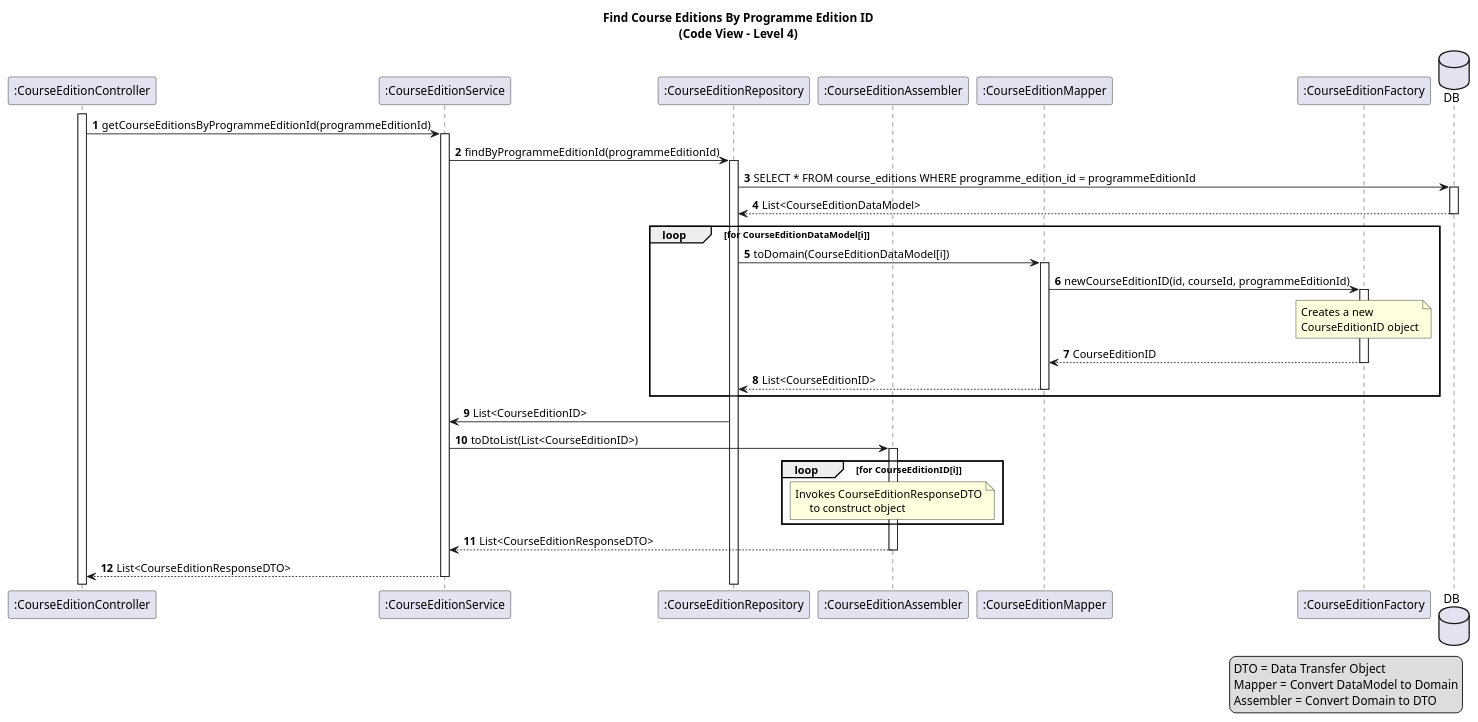
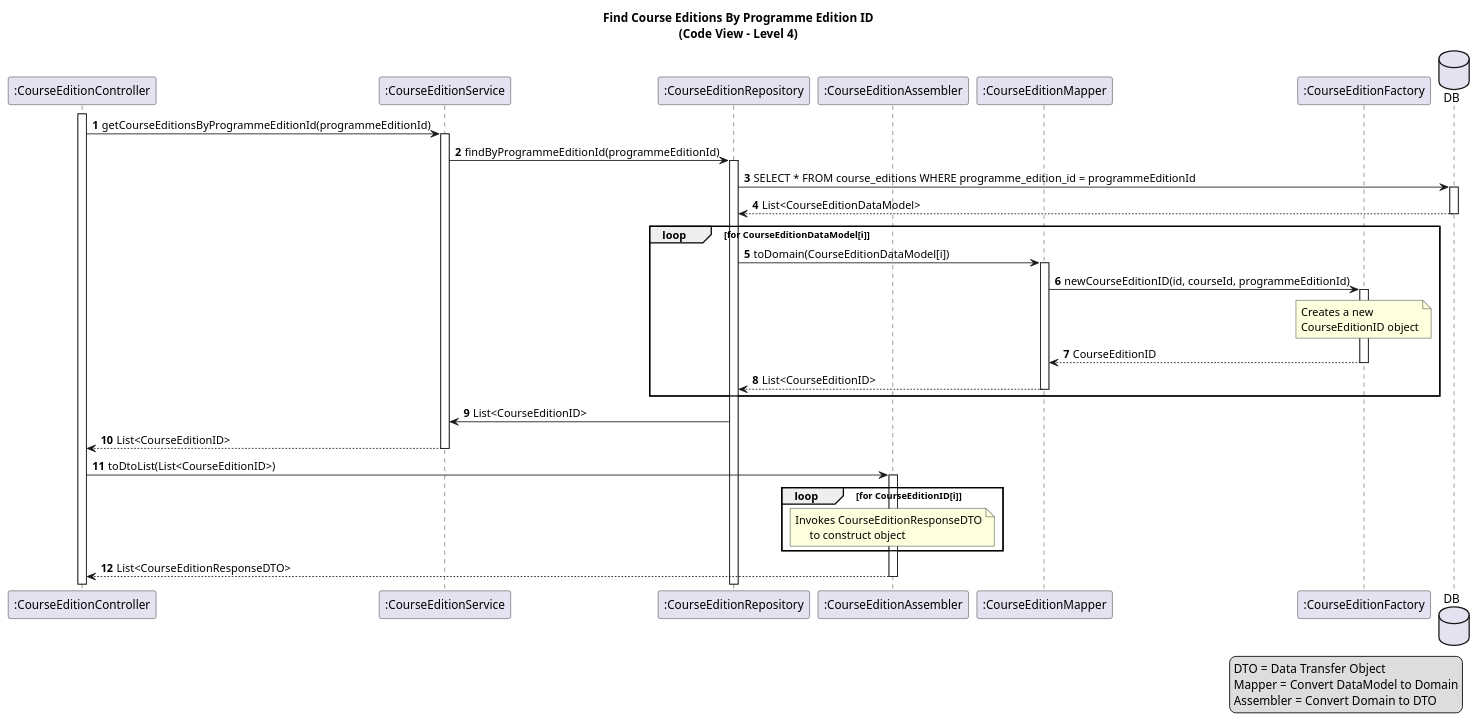
One commit to GasparISEP/DevOps-PAI changed the diagram in docs/US16/sprint6_RestController/process_view/references/FindCourseEditionByProgrammeEditionId.puml. Above: the diagram before and after it, drawn with PlantUML.

Commit message:
[docs] Update flow diagram for FindCourseEditionByProgrammeEditionId to reflect changes in service interactions, clarifying the flow from CourseEditionService to CourseEditionCtrl and CourseEditionAssembler. refs #589 #500

```diff
--- a/docs/US16/sprint6_RestController/process_view/references/FindCourseEditionByProgrammeEditionId.puml
+++ b/docs/US16/sprint6_RestController/process_view/references/FindCourseEditionByProgrammeEditionId.puml
@@ -1,49 +1,49 @@
 @startuml
 title: Find Course Editions By Programme Edition ID\n(Code View - Level 4)
 
 autonumber
 
 participant ":CourseEditionController" as ceCtrl
 activate ceCtrl
 participant ":CourseEditionService" as ceService
 participant ":CourseEditionRepository" as ceRepo
 participant ":CourseEditionAssembler" as ceAssembler
 participant ":CourseEditionMapper" as ceMapper
 participant ":CourseEditionFactory" as ceFactory
 database DB
 
 ceCtrl -> ceService ++: getCourseEditionsByProgrammeEditionId(programmeEditionId)
 ceService -> ceRepo ++: findByProgrammeEditionId(programmeEditionId)
 ceRepo -> DB ++: SELECT * FROM course_editions WHERE programme_edition_id = programmeEditionId
 DB --> ceRepo --: List<CourseEditionDataModel>
 
 loop for CourseEditionDataModel[i]
 ceRepo -> ceMapper ++: toDomain(CourseEditionDataModel[i])
 ceMapper -> ceFactory ++: newCourseEditionID(id, courseId, programmeEditionId)
 note over of ceFactory
     Creates a new
     CourseEditionID object
 end note
 ceFactory --> ceMapper --: CourseEditionID
 ceMapper --> ceRepo --: List<CourseEditionID>
 end
 
 ceRepo -> ceService: List<CourseEditionID>
-ceService -> ceAssembler ++: toDtoList(List<CourseEditionID>)
+ceService --> ceCtrl --: List<CourseEditionID>
+ceCtrl -> ceAssembler ++: toDtoList(List<CourseEditionID>)
 
 loop for CourseEditionID[i]
     note over of ceAssembler
         Invokes CourseEditionResponseDTO
              to construct object
     end note
 end
-ceAssembler --> ceService --: List<CourseEditionResponseDTO>
-ceService --> ceCtrl --: List<CourseEditionResponseDTO>
+ceAssembler --> ceCtrl --: List<CourseEditionResponseDTO>
 
 legend right
   DTO = Data Transfer Object
   Mapper = Convert DataModel to Domain
   Assembler = Convert Domain to DTO
 end legend
 
 @enduml 
```
